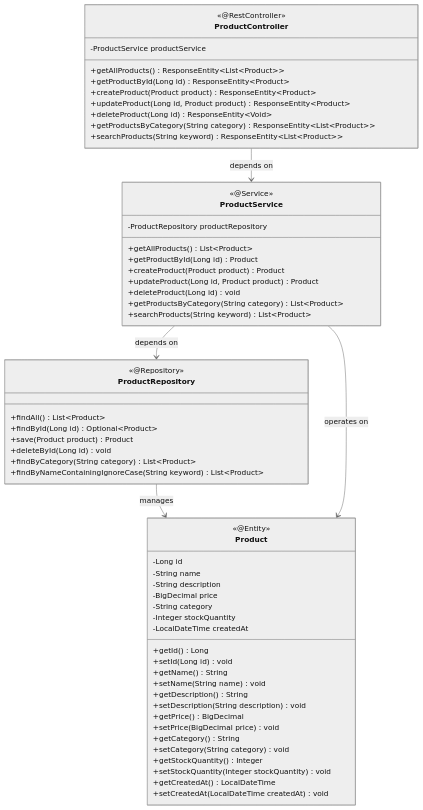
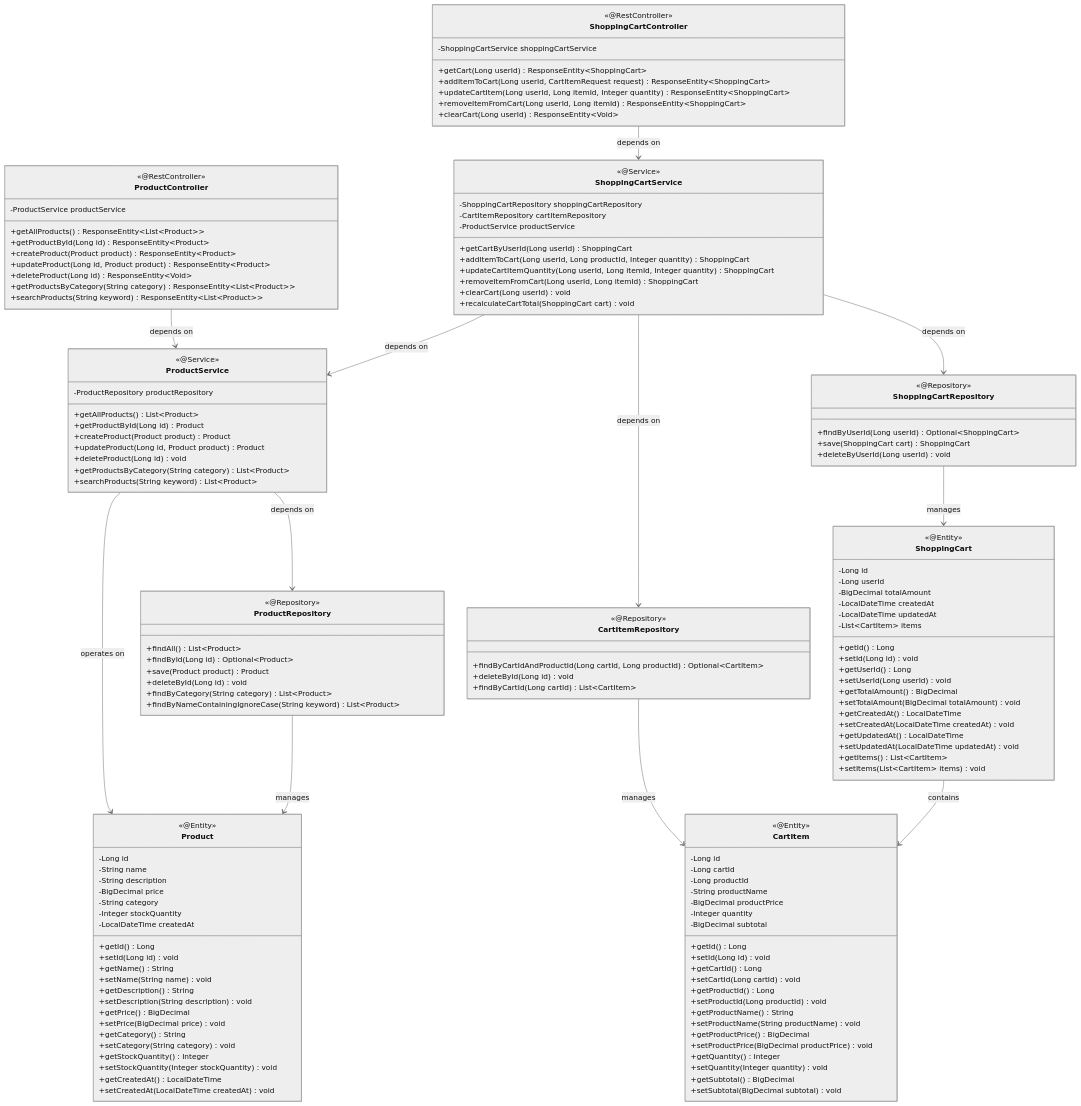
Before and after one commit to NavneetBN47/aava-ecom-demo: the first of 14 diagrams in docs/LLD/lld.md, drawn with Mermaid (neutral theme). The commit also changed other lines of this file, not shown here.

````diff
--- a/docs/LLD/lld.md
+++ b/docs/LLD/lld.md
@@ -73,8 +73,101 @@
         +setCreatedAt(LocalDateTime createdAt) void
     }
     
+    class ShoppingCartController {
+        <<@RestController>>
+        -ShoppingCartService shoppingCartService
+        +getCart(Long userId) ResponseEntity~ShoppingCart~
+        +addItemToCart(Long userId, CartItemRequest request) ResponseEntity~ShoppingCart~
+        +updateCartItem(Long userId, Long itemId, Integer quantity) ResponseEntity~ShoppingCart~
+        +removeItemFromCart(Long userId, Long itemId) ResponseEntity~ShoppingCart~
+        +clearCart(Long userId) ResponseEntity~Void~
+    }
+    
+    class ShoppingCartService {
+        <<@Service>>
+        -ShoppingCartRepository shoppingCartRepository
+        -CartItemRepository cartItemRepository
+        -ProductService productService
+        +getCartByUserId(Long userId) ShoppingCart
+        +addItemToCart(Long userId, Long productId, Integer quantity) ShoppingCart
+        +updateCartItemQuantity(Long userId, Long itemId, Integer quantity) ShoppingCart
+        +removeItemFromCart(Long userId, Long itemId) ShoppingCart
+        +clearCart(Long userId) void
+        +recalculateCartTotal(ShoppingCart cart) void
+    }
+    
+    class ShoppingCartRepository {
+        <<@Repository>>
+        <<interface>>
+        +findByUserId(Long userId) Optional~ShoppingCart~
+        +save(ShoppingCart cart) ShoppingCart
+        +deleteByUserId(Long userId) void
+    }
+    
+    class CartItemRepository {
+        <<@Repository>>
+        <<interface>>
+        +findByCartIdAndProductId(Long cartId, Long productId) Optional~CartItem~
+        +deleteById(Long id) void
+        +findByCartId(Long cartId) List~CartItem~
+    }
+    
+    class ShoppingCart {
+        <<@Entity>>
+        -Long id
+        -Long userId
+        -BigDecimal totalAmount
+        -LocalDateTime createdAt
+        -LocalDateTime updatedAt
+        -List~CartItem~ items
+        +getId() Long
+        +setId(Long id) void
+        +getUserId() Long
+        +setUserId(Long userId) void
+        +getTotalAmount() BigDecimal
+        +setTotalAmount(BigDecimal totalAmount) void
+        +getCreatedAt() LocalDateTime
+        +setCreatedAt(LocalDateTime createdAt) void
+        +getUpdatedAt() LocalDateTime
+        +setUpdatedAt(LocalDateTime updatedAt) void
+        +getItems() List~CartItem~
+        +setItems(List~CartItem~ items) void
+    }
+    
+    class CartItem {
+        <<@Entity>>
+        -Long id
+        -Long cartId
+        -Long productId
+        -String productName
+        -BigDecimal productPrice
+        -Integer quantity
+        -BigDecimal subtotal
+        +getId() Long
+        +setId(Long id) void
+        +getCartId() Long
+        +setCartId(Long cartId) void
+        +getProductId() Long
+        +setProductId(Long productId) void
+        +getProductName() String
+        +setProductName(String productName) void
+        +getProductPrice() BigDecimal
+        +setProductPrice(BigDecimal productPrice) void
+        +getQuantity() Integer
+        +setQuantity(Integer quantity) void
+        +getSubtotal() BigDecimal
+        +setSubtotal(BigDecimal subtotal) void
+    }
+    
     ProductController --> ProductService : depends on
     ProductService --> ProductRepository : depends on
     ProductRepository --> Product : manages
     ProductService --> Product : operates on
+    ShoppingCartController --> ShoppingCartService : depends on
+    ShoppingCartService --> ShoppingCartRepository : depends on
+    ShoppingCartService --> CartItemRepository : depends on
+    ShoppingCartService --> ProductService : depends on
+    ShoppingCartRepository --> ShoppingCart : manages
+    CartItemRepository --> CartItem : manages
+    ShoppingCart --> CartItem : contains
 ```
````
